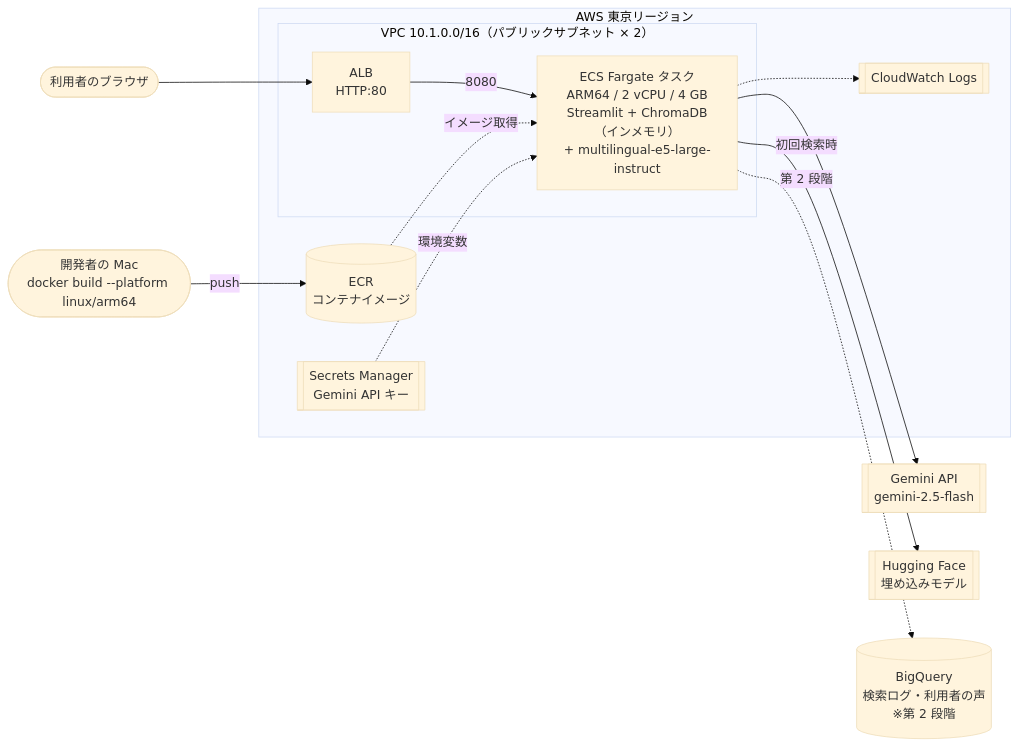
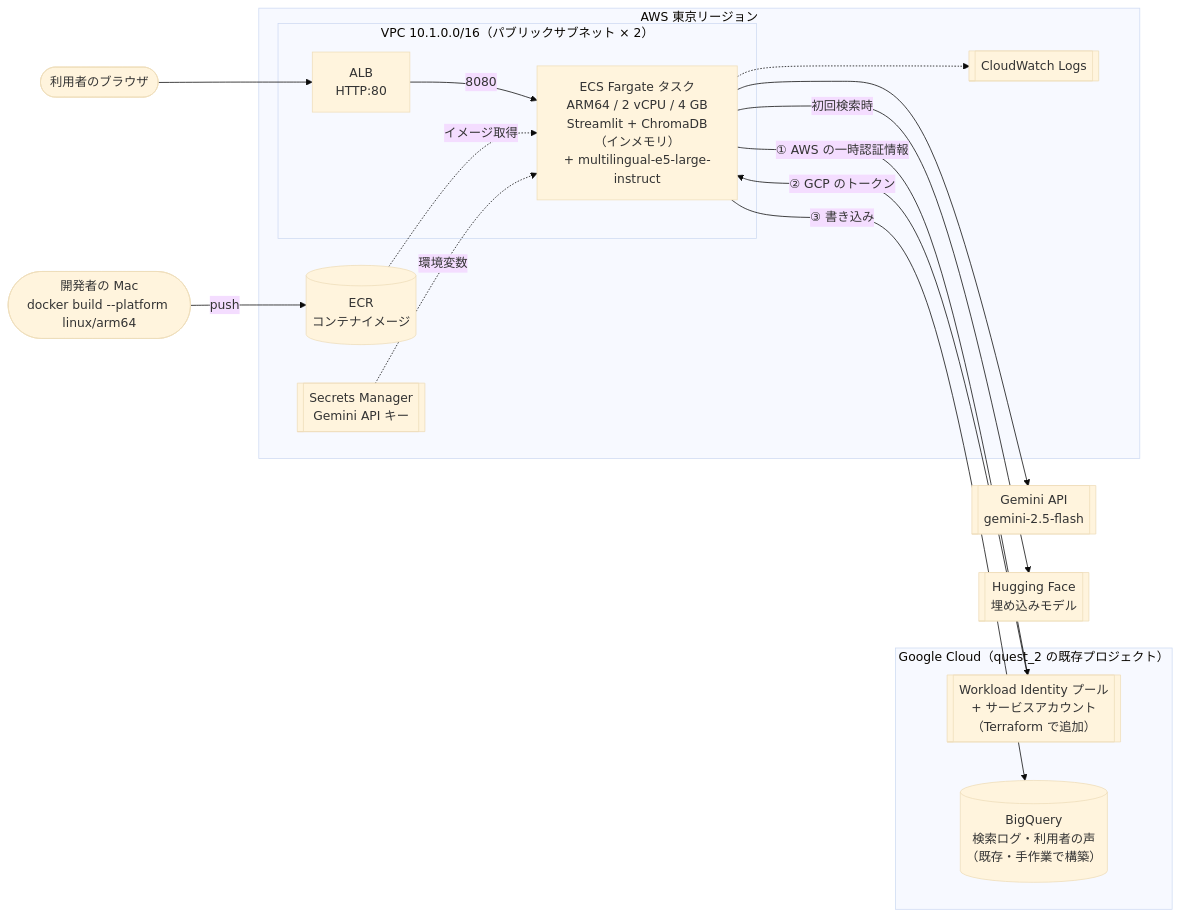
The diagram in README.md (takeoka96/terraform-aws-dei-rag-app), drawn with Mermaid (base theme) before and after one commit. The commit also changed other lines of this file and 2 other files, not shown here.

Commit message:
第2段階: BigQuery への書き込みを確認し、README に仕組みと IaC の適用範囲を追加

````diff
--- a/README.md
+++ b/README.md
@@ -11,29 +11,34 @@
 ```mermaid
 flowchart LR
     user([利用者のブラウザ])
     dev([開発者の Mac<br/>docker build --platform linux/arm64])
 
     subgraph AWS["AWS 東京リージョン"]
         ecr[(ECR<br/>コンテナイメージ)]
         sm[[Secrets Manager<br/>Gemini API キー]]
         cw[[CloudWatch Logs]]
 
         subgraph VPC["VPC 10.1.0.0/16（パブリックサブネット × 2）"]
             alb["ALB<br/>HTTP:80"]
             task["ECS Fargate タスク<br/>ARM64 / 2 vCPU / 4 GB<br/>Streamlit + ChromaDB（インメモリ）<br/>+ multilingual-e5-large-instruct"]
         end
     end
 
     gemini[[Gemini API<br/>gemini-2.5-flash]]
     hf[[Hugging Face<br/>埋め込みモデル]]
-    bq[(BigQuery<br/>検索ログ・利用者の声<br/>※第 2 段階)]
+    subgraph GCP["Google Cloud（quest_2 の既存プロジェクト）"]
+        wif[["Workload Identity プール<br/>+ サービスアカウント<br/>（Terraform で追加）"]]
+        bq[(BigQuery<br/>検索ログ・利用者の声<br/>（既存・手作業で構築）)]
+    end
 
     dev -->|push| ecr
     user --> alb -->|8080| task
     ecr -.->|イメージ取得| task
     sm -.->|環境変数| task
     task -.-> cw
     task --> gemini
     task -->|初回検索時| hf
-    task -.->|第 2 段階| bq
+    task -->|① AWS の一時認証情報| wif
+    wif -->|② GCP のトークン| task
+    task -->|③ 書き込み| bq
 ```
````
